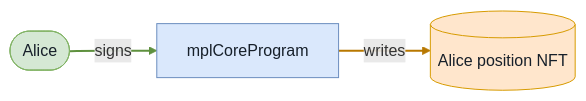
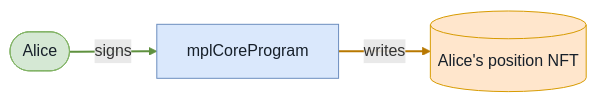
Before and after one commit to cds-turbin3/vesting-position: diagram 14 of 36 in babelfish-tests/test-report/full_lifecycle.md, drawn with Mermaid. The commit also changed other lines of this file and 104 other files, not shown here.

````diff
--- a/babelfish-tests/test-report/full_lifecycle.md
+++ b/babelfish-tests/test-report/full_lifecycle.md
@@ -722,13 +722,13 @@
 ```mermaid
 flowchart LR
     mplCoreProgram["mplCoreProgram"]:::program
-    AlicepositionNFT[("Alice position NFT")]:::state
+    AlicespositionNFT[("Alice's position NFT")]:::state
     Alice(["Alice"]):::signer
-    mplCoreProgram -->|writes| AlicepositionNFT
+    mplCoreProgram -->|writes| AlicespositionNFT
     Alice -->|signs| mplCoreProgram
     classDef program fill:#dae8fc,stroke:#6c8ebf,color:#17202a;
     classDef signer fill:#d5e8d4,stroke:#82b366,color:#17202a;
     classDef state fill:#ffe6cc,stroke:#d79b00,color:#17202a;
     linkStyle 0 stroke:#b87800,stroke-width:2px
     linkStyle 1 stroke:#5f913f,stroke-width:2px
 ```
````
